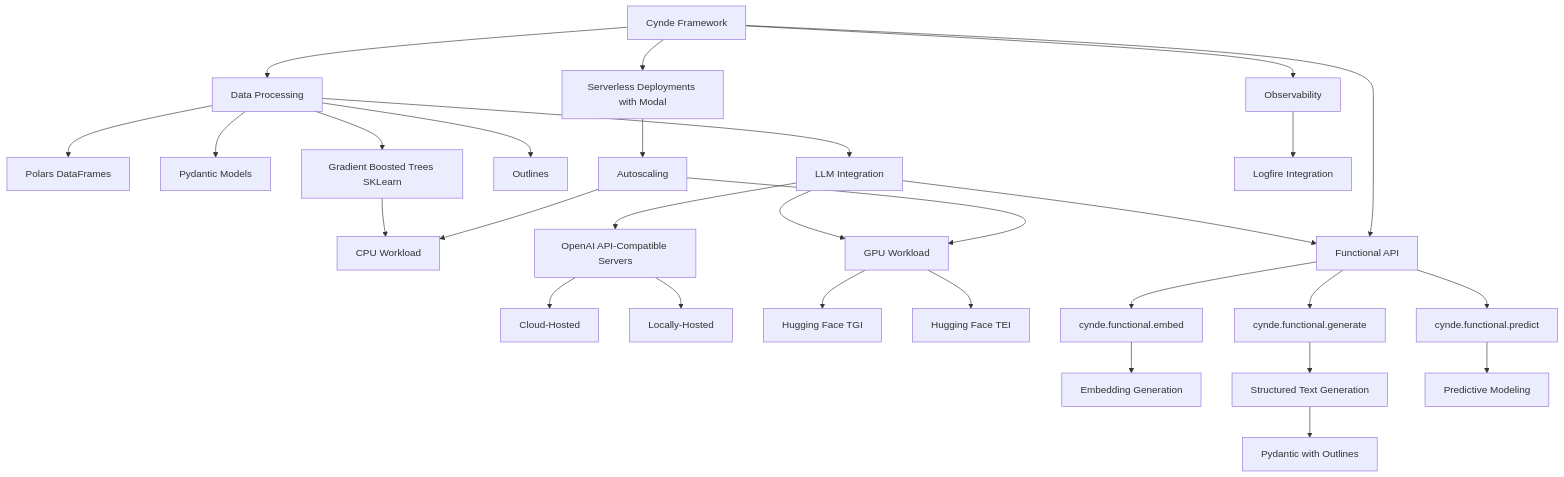
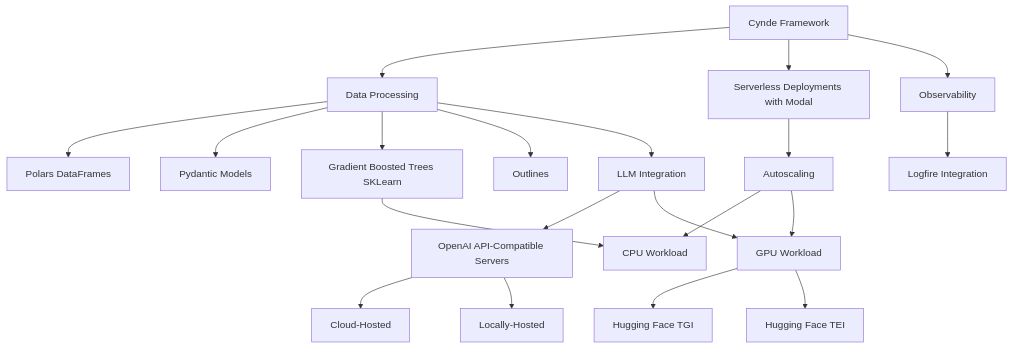
The diagram in drawings.md (Neural-Dragon-AI/Cynde), drawn with Mermaid before and after one commit.

````diff
--- a/drawings.md
+++ b/drawings.md
@@ -3,36 +3,27 @@
 ```mermaid
 graph TD
     A[Cynde Framework] --> B[Data Processing]
     B --> C[Polars DataFrames]
     B --> D[Pydantic Models]
     B --> E[Gradient Boosted Trees SKLearn]
     B --> Ot[Outlines]
     A --> P[Serverless Deployments with Modal]
 
     P --> F[Autoscaling]
     F --> G[CPU Workload]
     E --> G
     F --> M[GPU Workload]
 
     B --> H[LLM Integration]
     H --> I[OpenAI API-Compatible Servers]
     I --> J[Cloud-Hosted]
     I --> K[Locally-Hosted]
     H --> M
     M --> N[Hugging Face TGI]
    
     M --> O[Hugging Face TEI]
 
-    A --> Q[Functional API]
-    Q --> R[cynde.functional.embed]
-    R --> S[Embedding Generation]
-    Q --> T[cynde.functional.generate]
-    H --> Q
-    T --> U[Structured Text Generation]
-    U --> V[Pydantic with Outlines]
-    Q --> W[cynde.functional.predict]
-    W --> X[Predictive Modeling]
 
     A --> Y[Observability]
     Y --> Z[Logfire Integration]
 ```
````
